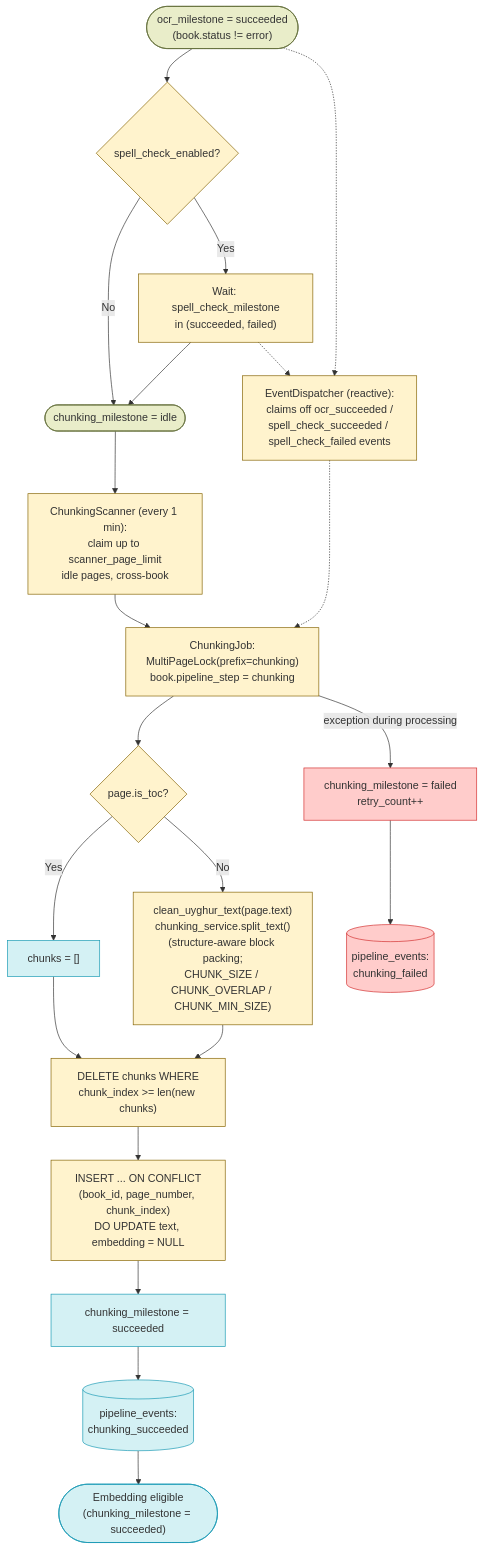
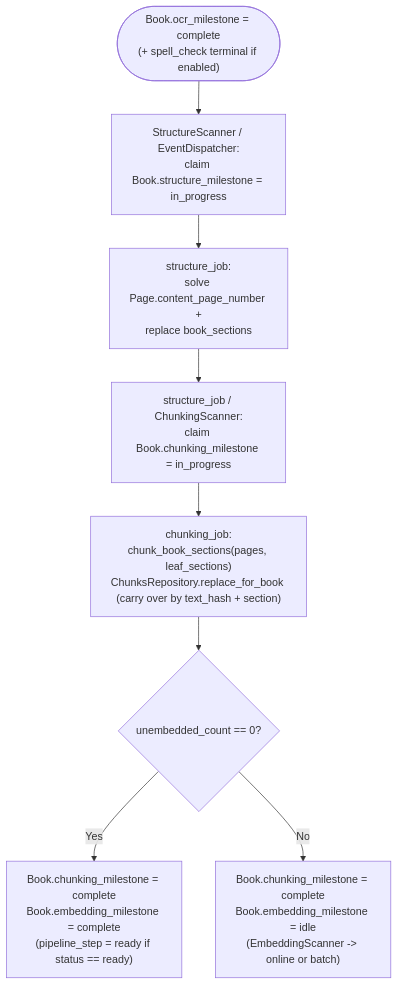
One commit to Kitabim-AI/kitabim-ai changed the diagram in docs/main/CHUNKING_DESIGN.md. Above: the diagram before and after it, drawn with Mermaid. The commit also changed other lines of this file and 58 other files, not shown here.

Commit message:
feat: add chunk inspector view for debugging book sections and embeddings

````diff
--- a/docs/main/CHUNKING_DESIGN.md
+++ b/docs/main/CHUNKING_DESIGN.md
@@ -69,43 +64,15 @@
 ```mermaid
 flowchart TD
-    OCR_OK(["ocr_milestone = succeeded<br/>(book.status != error)"])
-    SPELL_GATE{"spell_check_enabled?"}
-    SPELL_WAIT["Wait: spell_check_milestone<br/>in (succeeded, failed)"]
-    CHUNK_IDLE(["chunking_milestone = idle"])
-    POLL["ChunkingScanner (every 1 min):<br/>claim up to scanner_page_limit<br/>idle pages, cross-book"]
-    REACT["EventDispatcher (reactive):<br/>claims off ocr_succeeded /<br/>spell_check_succeeded / spell_check_failed events"]
-    LOCK["ChunkingJob:<br/>MultiPageLock(prefix=chunking)<br/>book.pipeline_step = chunking"]
-    TOC{"page.is_toc?"}
-    ZERO["chunks = []"]
-    SPLIT["clean_uyghur_text(page.text)<br/>chunking_service.split_text()<br/>(structure-aware block packing;<br/>CHUNK_SIZE / CHUNK_OVERLAP / CHUNK_MIN_SIZE)"]
-    SHRINK["DELETE chunks WHERE<br/>chunk_index >= len(new chunks)"]
-    UPSERT["INSERT ... ON CONFLICT<br/>(book_id, page_number, chunk_index)<br/>DO UPDATE text, embedding = NULL"]
-    OK["chunking_milestone = succeeded"]
-    EVENT[("pipeline_events:<br/>chunking_succeeded")]
-    FAIL["chunking_milestone = failed<br/>retry_count++"]
-    FEVENT[("pipeline_events:<br/>chunking_failed")]
-    NEXT(["Embedding eligible<br/>(chunking_milestone = succeeded)"])
+    OCR_OK(["Book.ocr_milestone = complete<br/>(+ spell_check terminal if enabled)"])
+    S_CLAIM["StructureScanner / EventDispatcher:<br/>claim Book.structure_milestone = in_progress"]
+    S_JOB["structure_job:<br/>solve Page.content_page_number +<br/>replace book_sections"]
+    C_CLAIM["structure_job / ChunkingScanner:<br/>claim Book.chunking_milestone = in_progress"]
+    C_JOB["chunking_job:<br/>chunk_book_sections(pages, leaf_sections)<br/>ChunksRepository.replace_for_book (carry over by text_hash + section)"]
+    ALL_EMB{"unembedded_count == 0?"}
+    DONE_FAST["Book.chunking_milestone = complete<br/>Book.embedding_milestone = complete<br/>(pipeline_step = ready if status == ready)"]
+    TO_EMB["Book.chunking_milestone = complete<br/>Book.embedding_milestone = idle<br/>(EmbeddingScanner -> online or batch)"]
 
-    OCR_OK --> SPELL_GATE
-    SPELL_GATE -- No --> CHUNK_IDLE
-    SPELL_GATE -- Yes --> SPELL_WAIT --> CHUNK_IDLE
-    CHUNK_IDLE --> POLL --> LOCK
-    OCR_OK -.-> REACT
-    SPELL_WAIT -.-> REACT
-    REACT -.-> LOCK
-    LOCK --> TOC
-    TOC -- Yes --> ZERO --> SHRINK
-    TOC -- No --> SPLIT --> SHRINK
-    SHRINK --> UPSERT --> OK --> EVENT --> NEXT
-    LOCK -->|exception during processing| FAIL --> FEVENT
-
-    classDef idle fill:#e9edc9,stroke:#606c38
-    classDef active fill:#fff3cd,stroke:#856404
-    classDef done fill:#d4f1f4,stroke:#189ab4
-    classDef fail fill:#ffcccb,stroke:#d32f2f
-
-    class OCR_OK,CHUNK_IDLE idle
-    class SPELL_GATE,SPELL_WAIT,POLL,REACT,LOCK,TOC,SPLIT,SHRINK,UPSERT active
-    class ZERO,OK,EVENT,NEXT done
-    class FAIL,FEVENT fail
+    OCR_OK --> S_CLAIM --> S_JOB --> C_CLAIM --> C_JOB --> ALL_EMB
+    ALL_EMB -- Yes --> DONE_FAST
+    ALL_EMB -- No --> TO_EMB
 ```
````
